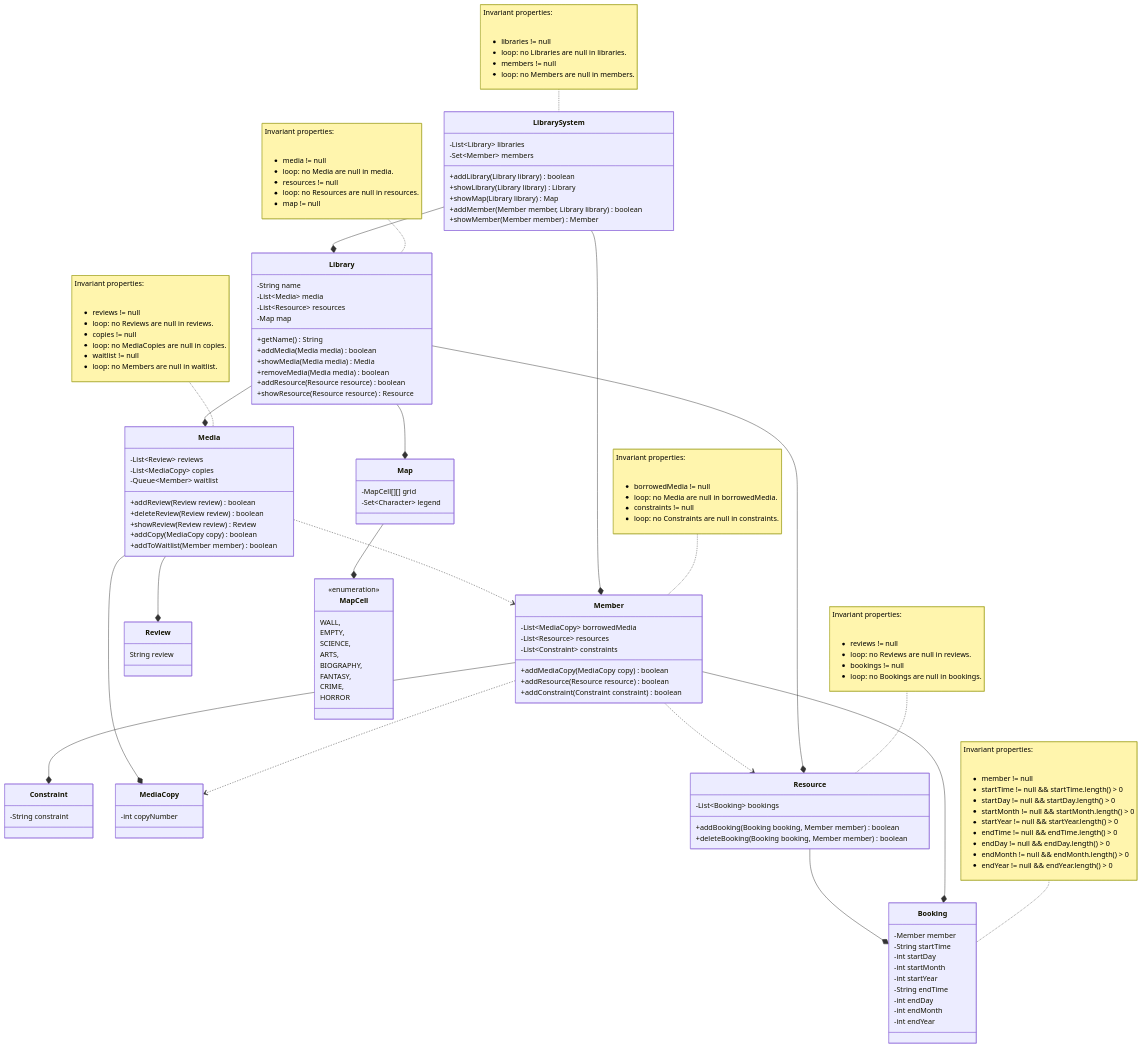
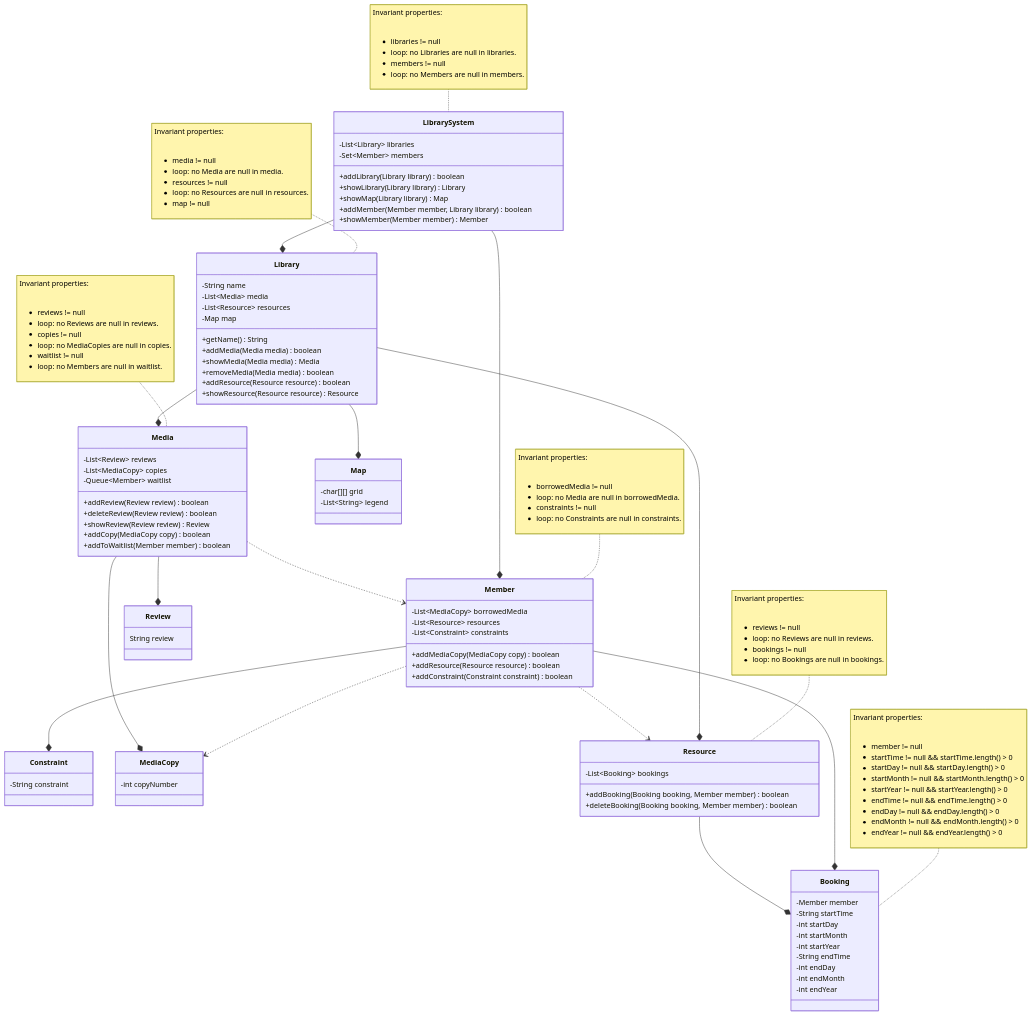
Before and after one commit to tsuki0272/Library_Manager_Project: the fifth of 5 diagrams in README.md, drawn with Mermaid. The commit also changed 12 other files, not shown here.

````diff
--- a/README.md
+++ b/README.md
@@ -206,22 +206,9 @@
     }
     
     class Map {
-        -MapCell[][] grid
-        -Set~Character~ legend
+        -char[][] grid
+        -List~String~ legend
     }
-
-    class MapCell {
-        <<enumeration>>
-        WALL,
-        EMPTY,
-        SCIENCE,
-        ARTS,
-        BIOGRAPHY,
-        FANTASY,
-        CRIME,
-        HORROR
-    }
- 
 
     note for LibrarySystem "Invariant properties:
     <ul>
@@ -305,6 +292,4 @@
     Media ..> Member
     
     Resource --* Booking
-    
-    Map --* MapCell
 ```
````
